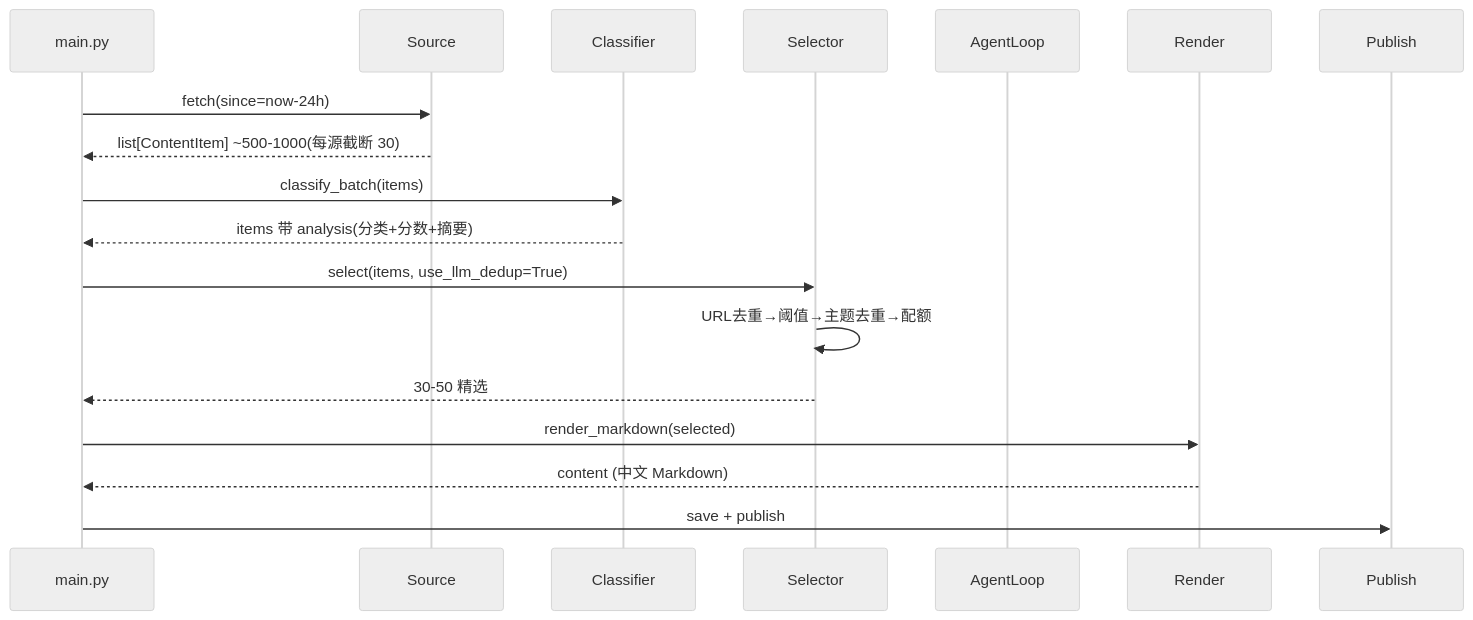
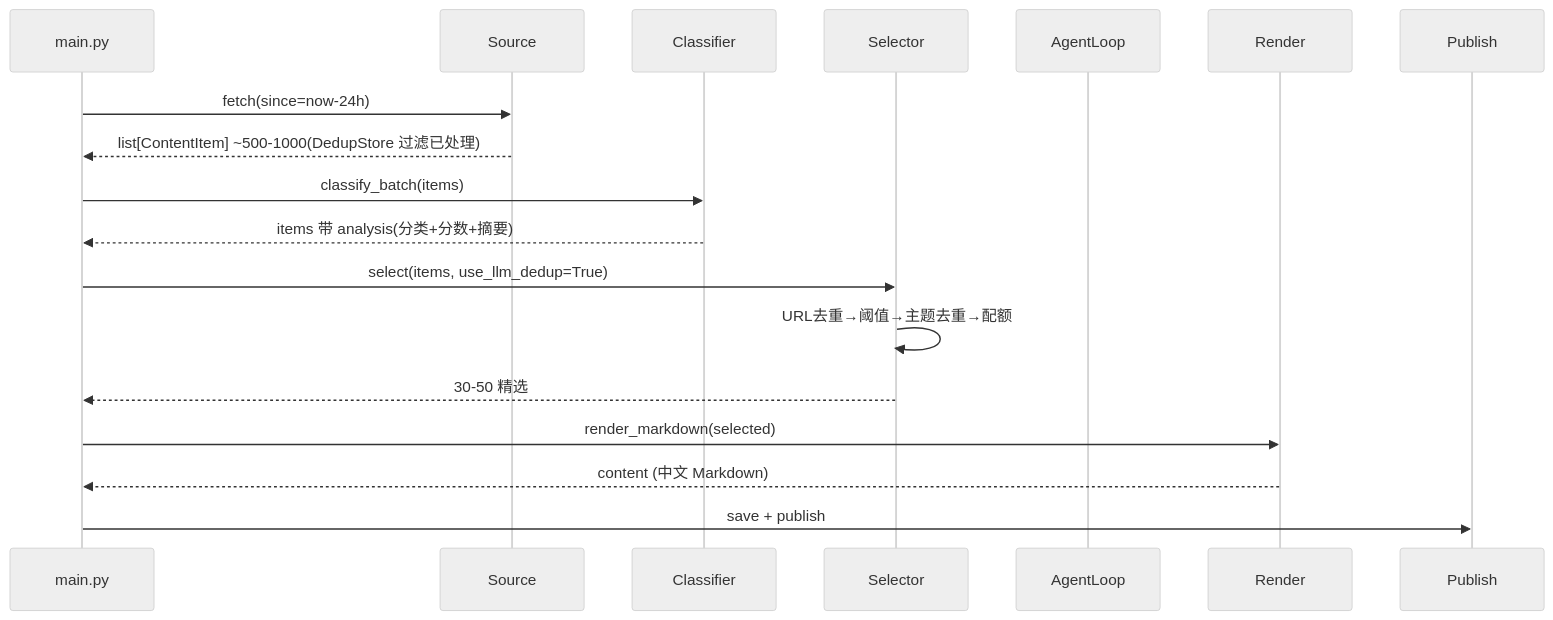
The second of 2 diagrams in docs/TECH.md (int2t05/rss-reader), drawn with Mermaid (neutral theme) before and after one commit. The commit also changed other lines of this file and 37 other files, not shown here.

````diff
--- a/docs/TECH.md
+++ b/docs/TECH.md
@@ -190,21 +190,21 @@
 ```mermaid
 sequenceDiagram
     participant M as main.py
     participant S as Source
     participant T1 as Classifier
     participant T2 as Selector
     participant T3 as AgentLoop
     participant R as Render
     participant P as Publish
 
     M->>S: fetch(since=now-24h)
-    S-->>M: list[ContentItem] ~500-1000(每源截断 30)
+    S-->>M: list[ContentItem] ~500-1000(DedupStore 过滤已处理)
     M->>T1: classify_batch(items)
     T1-->>M: items 带 analysis(分类+分数+摘要)
     M->>T2: select(items, use_llm_dedup=True)
     T2->>T2: URL去重→阈值→主题去重→配额
     T2-->>M: 30-50 精选
     M->>R: render_markdown(selected)
     R-->>M: content (中文 Markdown)
     M->>P: save + publish
 ```
````
